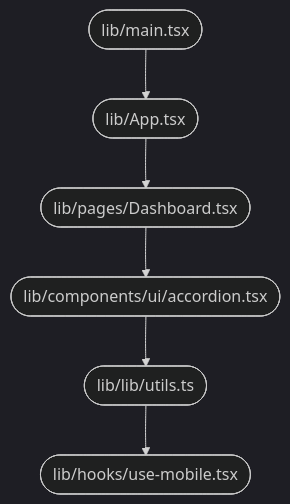
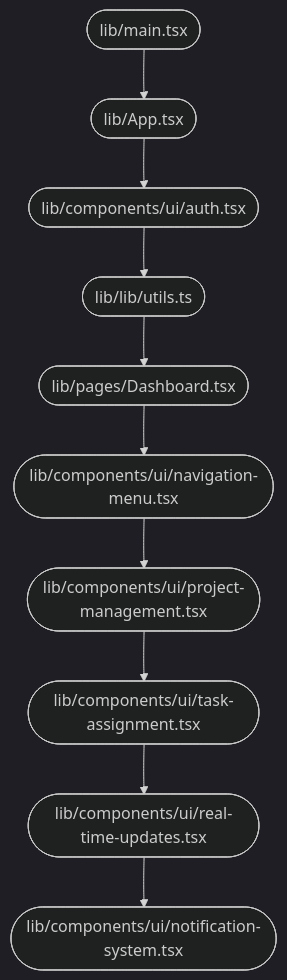
Before and after one commit to jahnavi783/tasty-web-portal: the diagram in DOCUMENTATION.md, drawn with Mermaid (dark theme). The commit also changed other lines of this file, not shown here.

````diff
--- a/DOCUMENTATION.md
+++ b/DOCUMENTATION.md
@@ -36,8 +37,12 @@
 ```mermaid
 flowchart TD
 A([lib/main.tsx]) --> B([lib/App.tsx])
-B --> C([lib/pages/Dashboard.tsx])
-C --> D([lib/components/ui/accordion.tsx])
-D --> E([lib/lib/utils.ts])
-E --> F([lib/hooks/use-mobile.tsx])
-``` 
+B --> C([lib/components/ui/auth.tsx])
+C --> D([lib/lib/utils.ts])
+D --> E([lib/pages/Dashboard.tsx])
+E --> F([lib/components/ui/navigation-menu.tsx])
+F --> G([lib/components/ui/project-management.tsx])
+G --> H([lib/components/ui/task-assignment.tsx])
+H --> I([lib/components/ui/real-time-updates.tsx])
+I --> J([lib/components/ui/notification-system.tsx])
+```
````
